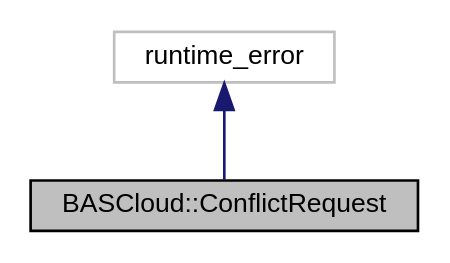
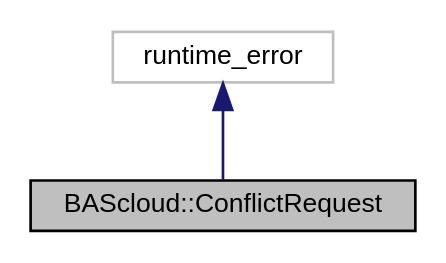
Before and after one commit to bascloud/BAScloudAPI: the diagram in classBASCloud_1_1ConflictRequest__inherit__graph.dot, drawn with Graphviz. The commit also changed 193 other files, not shown here.

```diff
--- a/classBASCloud_1_1ConflictRequest__inherit__graph.dot
+++ b/classBASCloud_1_1ConflictRequest__inherit__graph.dot
@@ -1,9 +1,9 @@
-digraph "BASCloud::ConflictRequest"
+digraph "BAScloud::ConflictRequest"
 {
  // LATEX_PDF_SIZE
   edge [fontname="Helvetica",fontsize="10",labelfontname="Helvetica",labelfontsize="10"];
   node [fontname="Helvetica",fontsize="10",shape=record];
-  Node1 [label="BASCloud::ConflictRequest",height=0.2,width=0.4,color="black", fillcolor="grey75", style="filled", fontcolor="black",tooltip="400 Conflict HTTP error."];
+  Node1 [label="BAScloud::ConflictRequest",height=0.2,width=0.4,color="black", fillcolor="grey75", style="filled", fontcolor="black",tooltip="400 Conflict HTTP error."];
   Node2 -> Node1 [dir="back",color="midnightblue",fontsize="10",style="solid",fontname="Helvetica"];
   Node2 [label="runtime_error",height=0.2,width=0.4,color="grey75", fillcolor="white", style="filled",tooltip=" "];
 }
```
